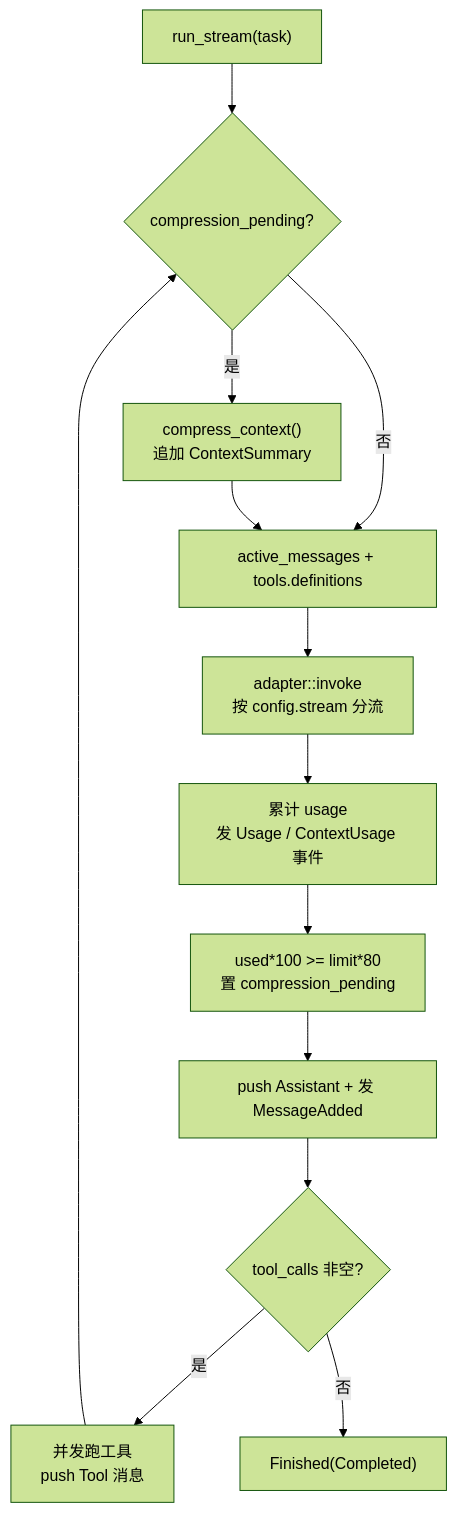
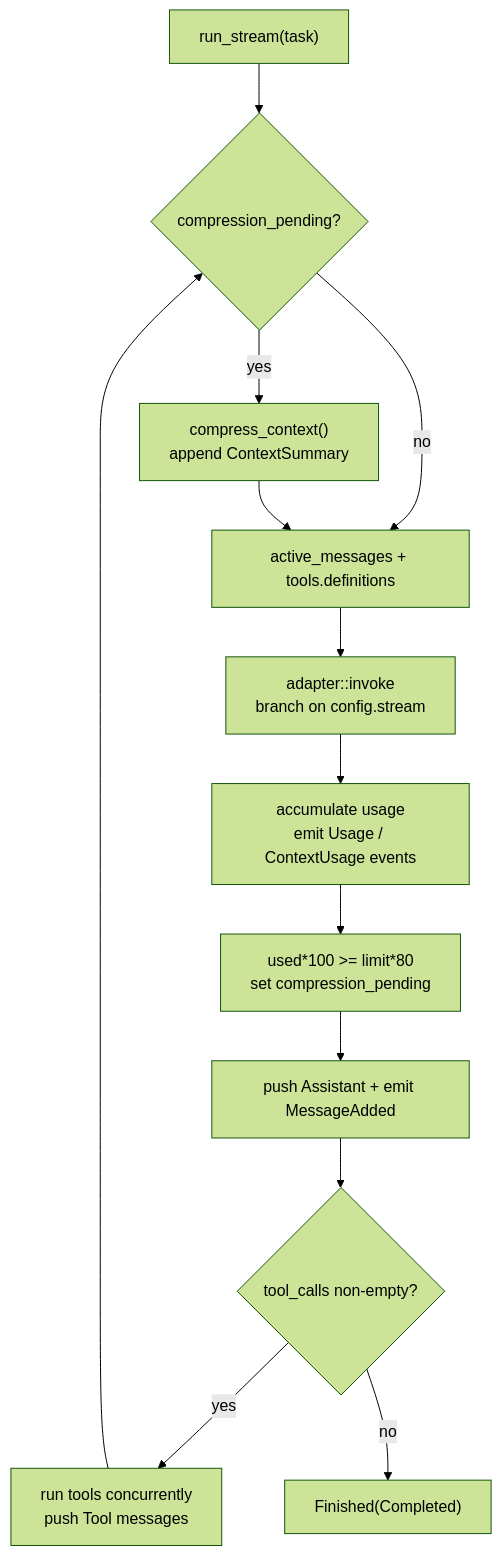
Before and after one commit to Seann0824/Shirley: the third of 9 diagrams in docs/architecture.md, drawn with Mermaid (forest theme). The commit also changed other lines of this file and 131 other files, not shown here.

````diff
--- a/docs/architecture.md
+++ b/docs/architecture.md
@@ -78,15 +78,15 @@
 ```mermaid
 flowchart TD
     START["run_stream(task)"] --> P1{"compression_pending?"}
-    P1 -->|是| COMP["compress_context()<br/>追加 ContextSummary"]
-    P1 -->|否| BUILD
+    P1 -->|yes| COMP["compress_context()<br/>append ContextSummary"]
+    P1 -->|no| BUILD
     COMP --> BUILD["active_messages + tools.definitions"]
-    BUILD --> CALL["adapter::invoke<br/>按 config.stream 分流"]
-    CALL --> USAGE["累计 usage<br/>发 Usage / ContextUsage 事件"]
-    USAGE --> SCHED2["used*100 >= limit*80<br/>置 compression_pending"]
-    SCHED2 --> STORE["push Assistant + 发 MessageAdded"]
-    STORE --> HAS{"tool_calls 非空?"}
-    HAS -->|是| RUN["并发跑工具<br/>push Tool 消息"]
+    BUILD --> CALL["adapter::invoke<br/>branch on config.stream"]
+    CALL --> USAGE["accumulate usage<br/>emit Usage / ContextUsage events"]
+    USAGE --> SCHED2["used*100 >= limit*80<br/>set compression_pending"]
+    SCHED2 --> STORE["push Assistant + emit MessageAdded"]
+    STORE --> HAS{"tool_calls non-empty?"}
+    HAS -->|yes| RUN["run tools concurrently<br/>push Tool messages"]
     RUN --> P1
-    HAS -->|否| DONE["Finished(Completed)"]
+    HAS -->|no| DONE["Finished(Completed)"]
 ```
````
